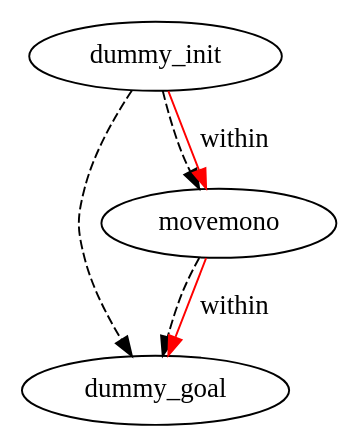
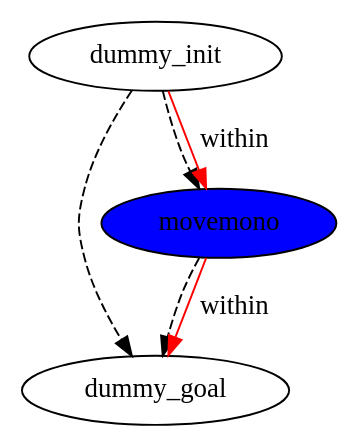
Before and after one commit to PetervDooren/PyDPOCL: the diagram in plans/manipulation-domain/test_98_problem-plan_0.dot, drawn with Graphviz. The commit also changed 582 other files, not shown here.

```diff
--- a/plans/manipulation-domain/test_98_problem-plan_0.dot
+++ b/plans/manipulation-domain/test_98_problem-plan_0.dot
@@ -1,10 +1,10 @@
 digraph {
-	"df118c67-5d7c-b047-8f85-5b4844dccebd" [label=dummy_init]
-	"a77a5aff-cb61-756c-070f-c7e9cb55bdaf" [label=dummy_goal]
-	"2d085b30-619a-77cd-e2c0-45e664176a88" [label=movemono]
-	"2d085b30-619a-77cd-e2c0-45e664176a88" -> "a77a5aff-cb61-756c-070f-c7e9cb55bdaf" [color=black style=dashed]
-	"df118c67-5d7c-b047-8f85-5b4844dccebd" -> "a77a5aff-cb61-756c-070f-c7e9cb55bdaf" [color=black style=dashed]
-	"df118c67-5d7c-b047-8f85-5b4844dccebd" -> "2d085b30-619a-77cd-e2c0-45e664176a88" [color=black style=dashed]
-	"2d085b30-619a-77cd-e2c0-45e664176a88" -> "a77a5aff-cb61-756c-070f-c7e9cb55bdaf" [label=within color=red]
-	"df118c67-5d7c-b047-8f85-5b4844dccebd" -> "2d085b30-619a-77cd-e2c0-45e664176a88" [label=within color=red]
+	"8574fe6d-6662-a715-990a-74f178652552" [label=dummy_init fillcolor=white style=filled]
+	"c6718ba3-5671-dcd8-bca4-0fc2a9569750" [label=dummy_goal fillcolor=white style=filled]
+	"8d80d237-f8d6-90af-c2c2-6d9f4be972b5" [label=movemono fillcolor=blue style=filled]
+	"8d80d237-f8d6-90af-c2c2-6d9f4be972b5" -> "c6718ba3-5671-dcd8-bca4-0fc2a9569750" [color=black style=dashed]
+	"8574fe6d-6662-a715-990a-74f178652552" -> "c6718ba3-5671-dcd8-bca4-0fc2a9569750" [color=black style=dashed]
+	"8574fe6d-6662-a715-990a-74f178652552" -> "8d80d237-f8d6-90af-c2c2-6d9f4be972b5" [color=black style=dashed]
+	"8574fe6d-6662-a715-990a-74f178652552" -> "8d80d237-f8d6-90af-c2c2-6d9f4be972b5" [label=within color=red]
+	"8d80d237-f8d6-90af-c2c2-6d9f4be972b5" -> "c6718ba3-5671-dcd8-bca4-0fc2a9569750" [label=within color=red]
 }
```
